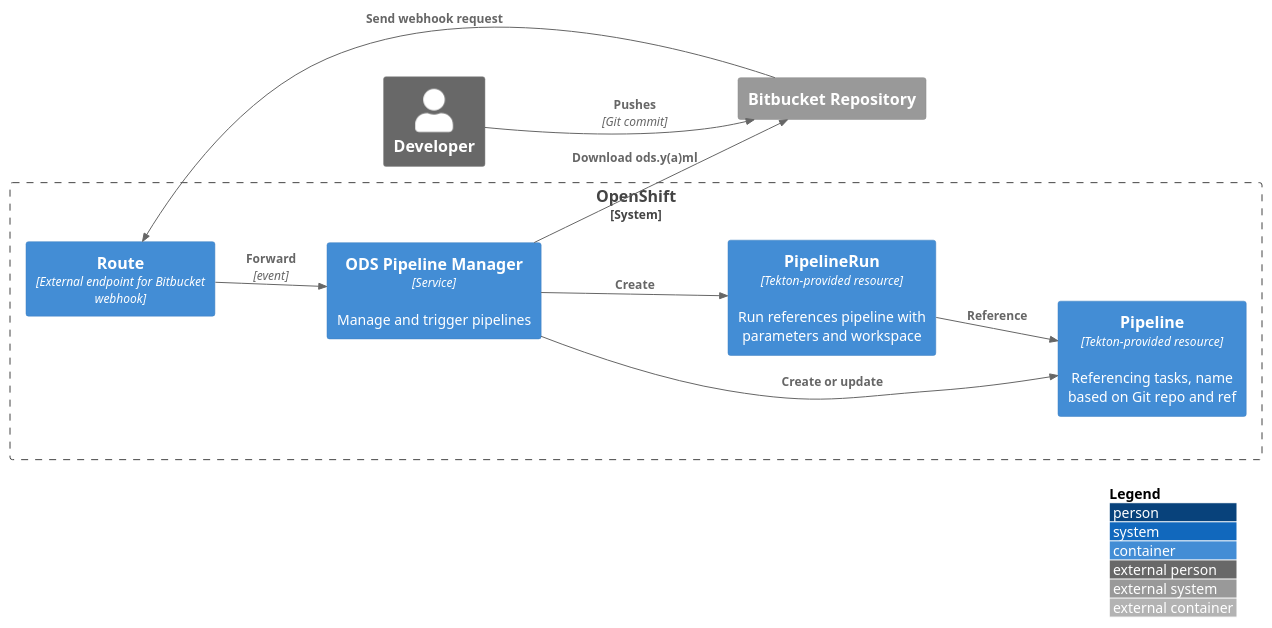
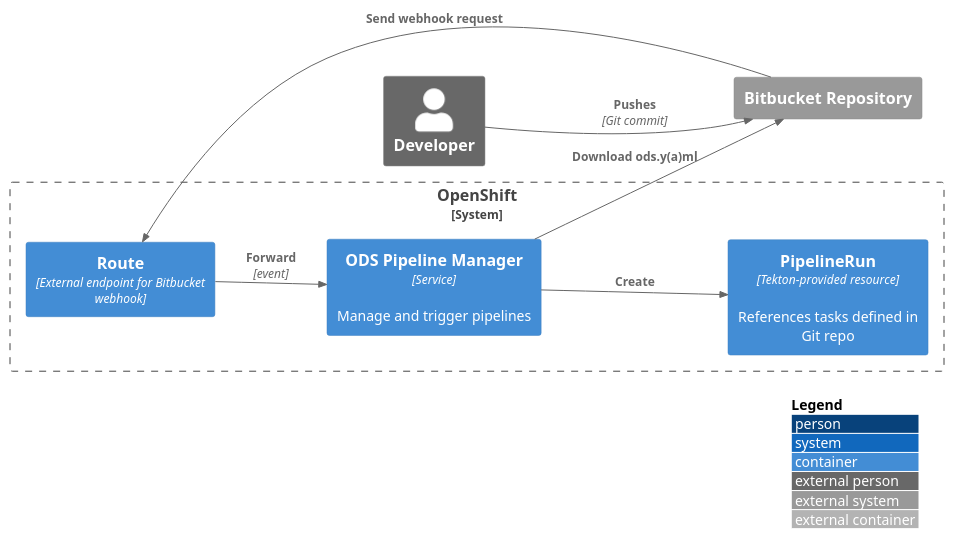
One commit to opendevstack/ods-pipeline changed the diagram in docs/architecture/trigger_architecture.puml. Above: the diagram before and after it, drawn with PlantUML. The commit also changed 22 other files, not shown here.

Commit message:
Use PipelineRun resources with inlined spec

```diff
--- a/docs/architecture/trigger_architecture.puml
+++ b/docs/architecture/trigger_architecture.puml
@@ -1,39 +1,34 @@
 @startuml "trigger-architecture"
 !include https://raw.githubusercontent.com/plantuml-stdlib/C4-PlantUML/master/C4_Container.puml
 ' uncomment the following line and comment the first to use locally
 ' !include C4_Container.puml
 
 LAYOUT_WITH_LEGEND()
 LAYOUT_LEFT_RIGHT()
 
 Person_Ext(developer, "Developer")
 
 System_Boundary(c1, "OpenShift"){
     
     Container(route, "Route", "External endpoint for Bitbucket webhook")
 
     Container(ods_service, "ODS Pipeline Manager", "Service", "Manage and trigger pipelines")
 
-    Container(pipeline, "Pipeline", "Tekton-provided resource", "Referencing tasks, name based on Git repo and ref")
-
-    Container(pipeline_run, "PipelineRun", "Tekton-provided resource", "Run references pipeline with parameters and workspace")
+    Container(pipeline_run, "PipelineRun", "Tekton-provided resource", "References tasks defined in Git repo")
 }
 
 System_Ext(bitbucket_repo, "Bitbucket Repository")
 
 Rel(developer, bitbucket_repo, "Pushes", "Git commit")
 
 Rel(bitbucket_repo, route, "Send webhook request")
 
 Rel(route, ods_service, "Forward", "event")
 
 Rel(ods_service, bitbucket_repo, "Download ods.y(a)ml")
-Rel(ods_service, pipeline, "Create or update")
 
 Rel(ods_service, pipeline_run, "Create")
-
-Rel(pipeline_run, pipeline, "Reference")
 
 Lay_D(developer, bitbucket_repo)
 
 @enduml
```
